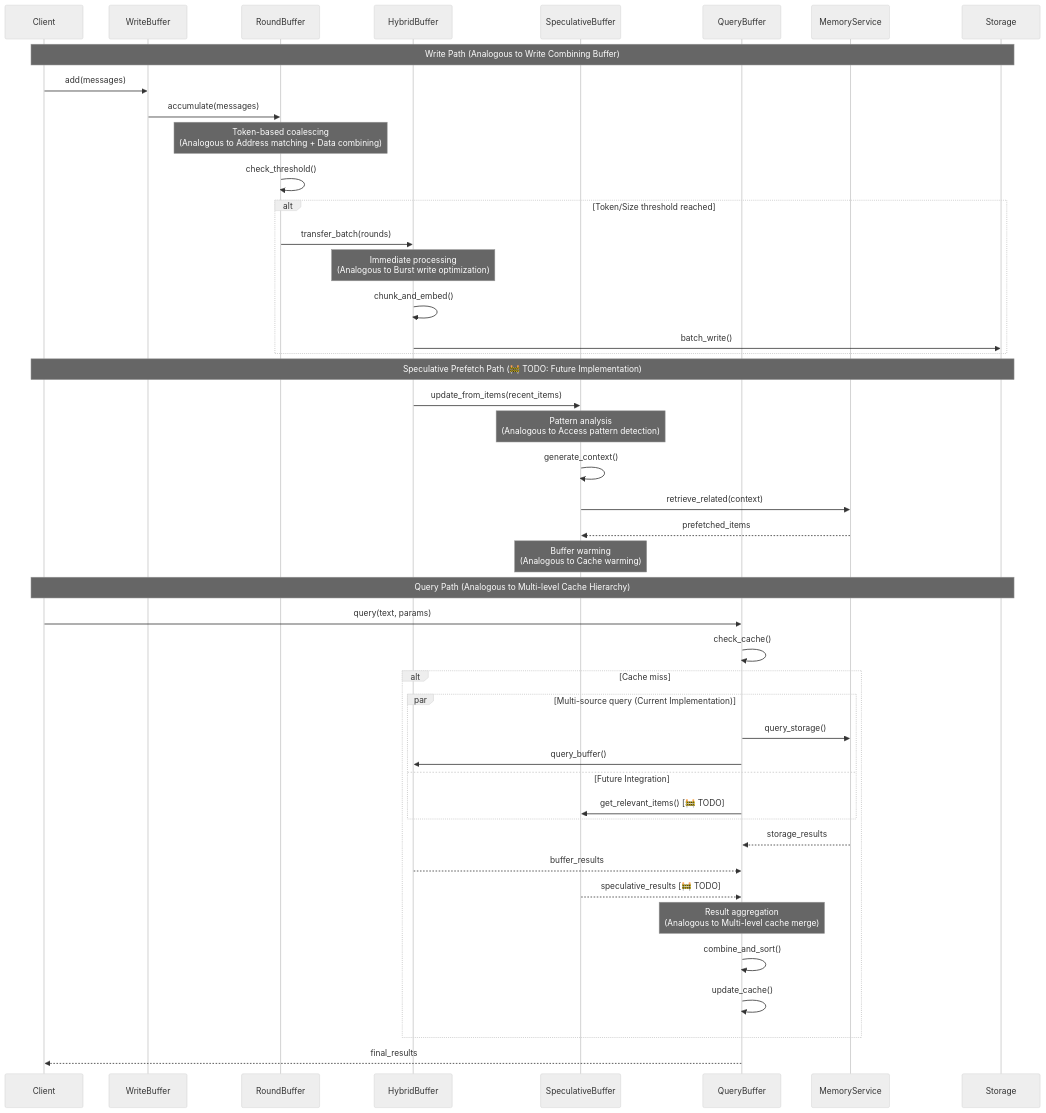
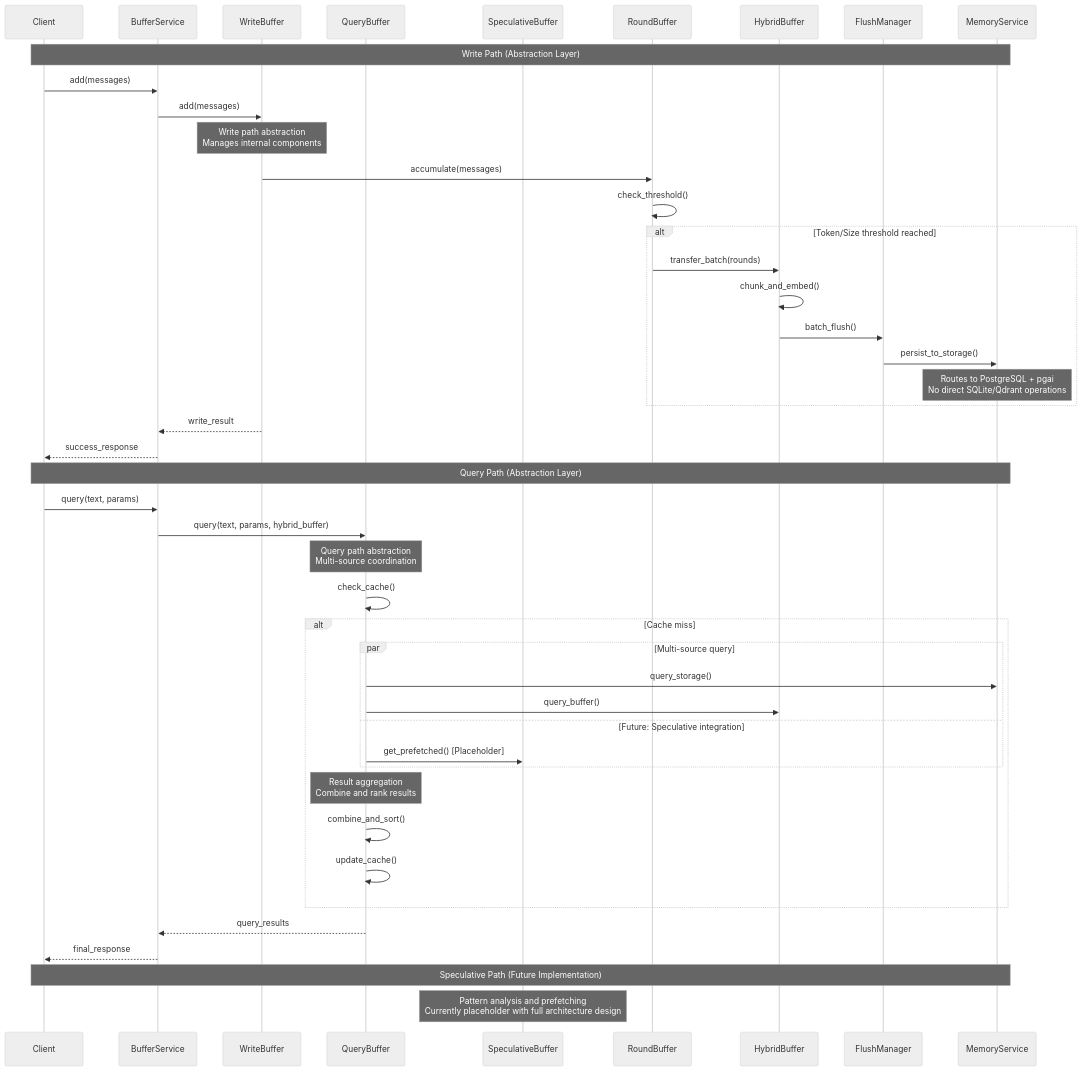
Before and after one commit to memfuse/memfuse: diagram 16 of 25 in docs/architecture/buffer.md, drawn with Mermaid (neutral theme). The commit also changed other lines of this file and 13 other files, not shown here.

First line of the commit message:
refactor(buffer): implement comprehensive architecture refactoring with abstraction layers

````diff
--- a/docs/architecture/buffer.md
+++ b/docs/architecture/buffer.md
@@ -693,54 +762,55 @@
 ```mermaid
 sequenceDiagram
     participant Client
+    participant BufferService
     participant WriteBuffer
+    participant QueryBuffer
+    participant SpeculativeBuffer
     participant RoundBuffer
     participant HybridBuffer
-    participant SpeculativeBuffer
-    participant QueryBuffer
+    participant FlushManager
     participant MemoryService
-    participant Storage
 
-    Note over Client, Storage: Write Path (Analogous to Write Combining Buffer)
-    Client->>WriteBuffer: add(messages)
+    Note over Client, MemoryService: Write Path (Abstraction Layer)
+    Client->>BufferService: add(messages)
+    BufferService->>WriteBuffer: add(messages)
+    Note over WriteBuffer: Write path abstraction<br/>Manages internal components
+
     WriteBuffer->>RoundBuffer: accumulate(messages)
-    Note over RoundBuffer: Token-based coalescing<br/>(Analogous to Address matching + Data combining)
-
     RoundBuffer->>RoundBuffer: check_threshold()
     alt Token/Size threshold reached
         RoundBuffer->>HybridBuffer: transfer_batch(rounds)
-        Note over HybridBuffer: Immediate processing<br/>(Analogous to Burst write optimization)
         HybridBuffer->>HybridBuffer: chunk_and_embed()
-        HybridBuffer->>Storage: batch_write()
+        HybridBuffer->>FlushManager: batch_flush()
+        FlushManager->>MemoryService: persist_to_storage()
+        Note over MemoryService: Routes to PostgreSQL + pgai<br/>No direct SQLite/Qdrant operations
     end
 
-    Note over Client, Storage: Speculative Prefetch Path (🚧 TODO: Future Implementation)
-    HybridBuffer->>SpeculativeBuffer: update_from_items(recent_items)
-    Note over SpeculativeBuffer: Pattern analysis<br/>(Analogous to Access pattern detection)
-    SpeculativeBuffer->>SpeculativeBuffer: generate_context()
-    SpeculativeBuffer->>MemoryService: retrieve_related(context)
-    MemoryService-->>SpeculativeBuffer: prefetched_items
-    Note over SpeculativeBuffer: Buffer warming<br/>(Analogous to Cache warming)
+    WriteBuffer-->>BufferService: write_result
+    BufferService-->>Client: success_response
 
-    Note over Client, Storage: Query Path (Analogous to Multi-level Cache Hierarchy)
-    Client->>QueryBuffer: query(text, params)
+    Note over Client, MemoryService: Query Path (Abstraction Layer)
+    Client->>BufferService: query(text, params)
+    BufferService->>QueryBuffer: query(text, params, hybrid_buffer)
+    Note over QueryBuffer: Query path abstraction<br/>Multi-source coordination
+
     QueryBuffer->>QueryBuffer: check_cache()
     alt Cache miss
-        par Multi-source query (Current Implementation)
+        par Multi-source query
             QueryBuffer->>MemoryService: query_storage()
             QueryBuffer->>HybridBuffer: query_buffer()
-        and Future Integration
-            QueryBuffer->>SpeculativeBuffer: get_relevant_items() [🚧 TODO]
+        and Future: Speculative integration
+            QueryBuffer->>SpeculativeBuffer: get_prefetched() [Placeholder]
         end
 
-        MemoryService-->>QueryBuffer: storage_results
-        HybridBuffer-->>QueryBuffer: buffer_results
-        SpeculativeBuffer-->>QueryBuffer: speculative_results [🚧 TODO]
-
-        Note over QueryBuffer: Result aggregation<br/>(Analogous to Multi-level cache merge)
+        Note over QueryBuffer: Result aggregation<br/>Combine and rank results
         QueryBuffer->>QueryBuffer: combine_and_sort()
         QueryBuffer->>QueryBuffer: update_cache()
     end
 
-    QueryBuffer-->>Client: final_results
+    QueryBuffer-->>BufferService: query_results
+    BufferService-->>Client: final_response
+
+    Note over Client, MemoryService: Speculative Path (Future Implementation)
+    Note over SpeculativeBuffer: Pattern analysis and prefetching<br/>Currently placeholder with full architecture design
 ```
````
